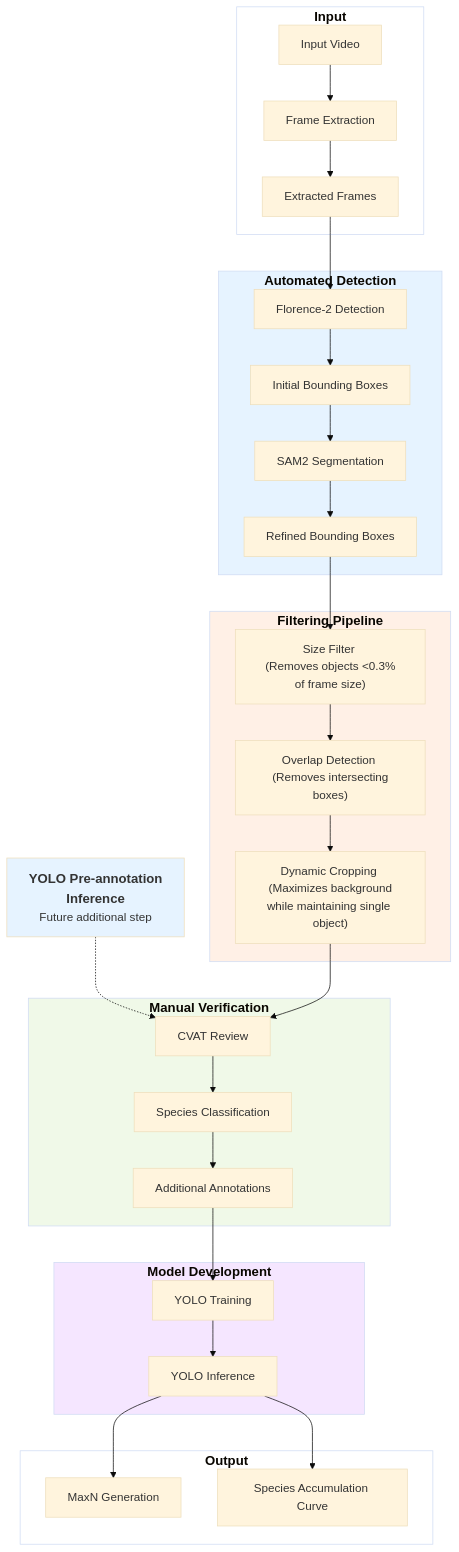
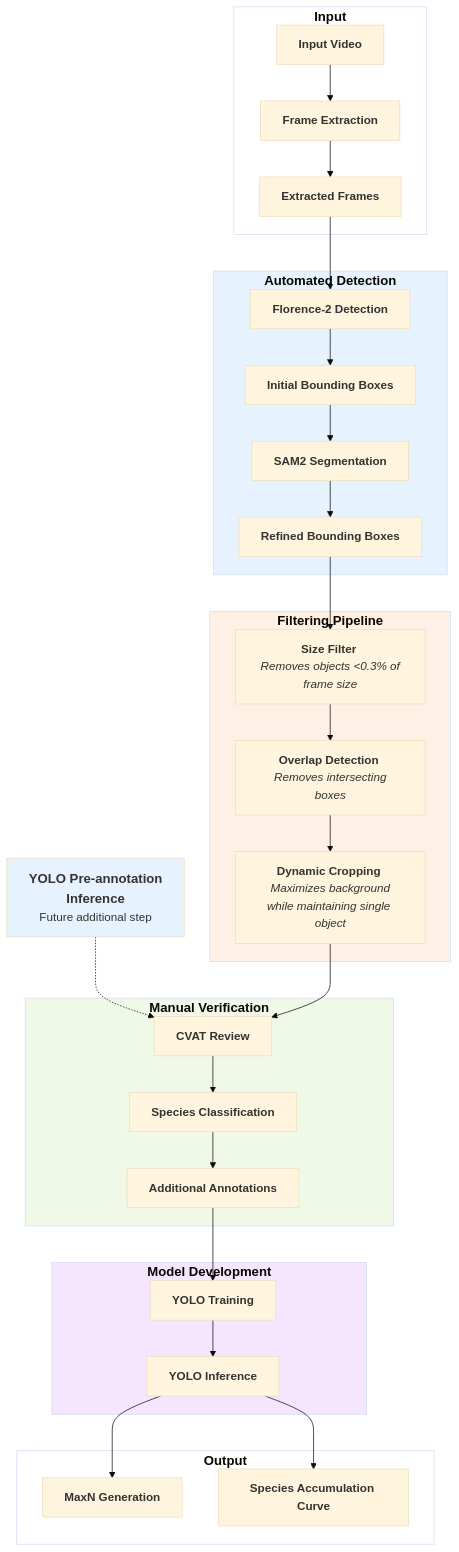
Before and after one commit to neez777/FishAnalytics: the diagram in flowchart.mmd, drawn with Mermaid (base theme).

```diff
--- a/flowchart.mmd
+++ b/flowchart.mmd
@@ -1,44 +1,44 @@
 flowchart TB
     subgraph Input["<font size=+1><b>Input</b></font>"]
-        vid["Input Video"] --> fe["Frame Extraction"]
-        fe --> frames["Extracted Frames"]
+        vid["<b>Input Video</b>"] --> fe["<b>Frame Extraction</b>"]
+        fe --> frames["<b>Extracted Frames</b>"]
     end
     
     subgraph Auto["<font size=+1><b>Automated Detection</b></font>"]
-        frames --> f2["Florence-2 Detection"]
-        f2 --> f2bb["Initial Bounding Boxes"]
-        f2bb --> sam2["SAM2 Segmentation"]
-        sam2 --> sambb["Refined Bounding Boxes"]
+        frames --> f2["<b>Florence-2 Detection</b>"]
+        f2 --> f2bb["<b>Initial Bounding Boxes</b>"]
+        f2bb --> sam2["<b>SAM2 Segmentation</b>"]
+        sam2 --> sambb["<b>Refined Bounding Boxes</b>"]
     end
     
     subgraph Filter["<font size=+1><b>Filtering Pipeline</b></font>"]
-        sambb --> size["Size Filter <br> (Removes objects <0.3% of frame size)"]
-        size --> overlap["Overlap Detection <br> (Removes intersecting boxes)"]
-        overlap --> crop["Dynamic Cropping <br> (Maximizes background while maintaining single object)"]
+        sambb --> size["<b>Size Filter</b> <br> <i>Removes objects <0.3% of frame size</i>"]
+        size --> overlap["<b>Overlap Detection</b> <br> <i>Removes intersecting boxes</i>"]
+        overlap --> crop["<b>Dynamic Cropping</b> <br> <i>Maximizes background while maintaining single object</i>"]
     end
 
     yolo["<font size=+1><b>YOLO Pre-annotation <br> Inference</b></font><br>Future additional step"] -.-> cvat
     
     subgraph Manual["<font size=+1><b>Manual Verification</b></font>"]
-        crop --> cvat["CVAT Review"]
-        cvat --> speciesID["Species Classification"]
-        speciesID --> add["Additional Annotations"]
+        crop --> cvat["<b>CVAT Review</b>"]
+        cvat --> speciesID["<b>Species Classification</b>"]
+        speciesID --> add["<b>Additional Annotations</b>"]
     end
     
     subgraph Model["<font size=+1><b>Model Development</b></font>"]
-        add --> train["YOLO Training"]
-        train --> inf["YOLO Inference"]
+        add --> train["<b>YOLO Training</b>"]
+        train --> inf["<b>YOLO Inference</b>"]
     end
     
     subgraph Output["<font size=+1><b>Output</b></font>"]
-        inf --> maxn["MaxN Generation"]
-        inf --> sac["Species Accumulation Curve"]
+        inf --> maxn["<b>MaxN Generation</b>"]
+        inf --> sac["<b>Species Accumulation Curve</b>"]
     end
 
     style Input fill:#ffffff
     style Auto fill:#e6f3ff
     style Filter fill:#fff0e6
     style Manual fill:#f0f9e8
     style Model fill:#f5e6ff
     style Output fill:#ffffff
     style yolo fill:#e6f3ff
```
